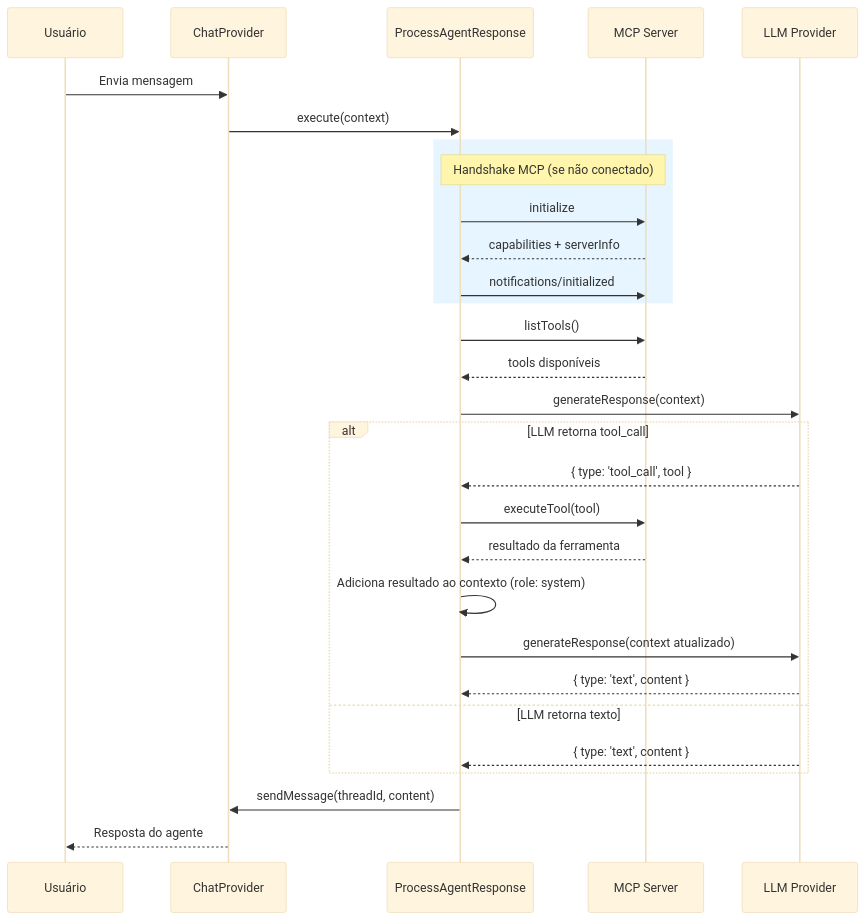
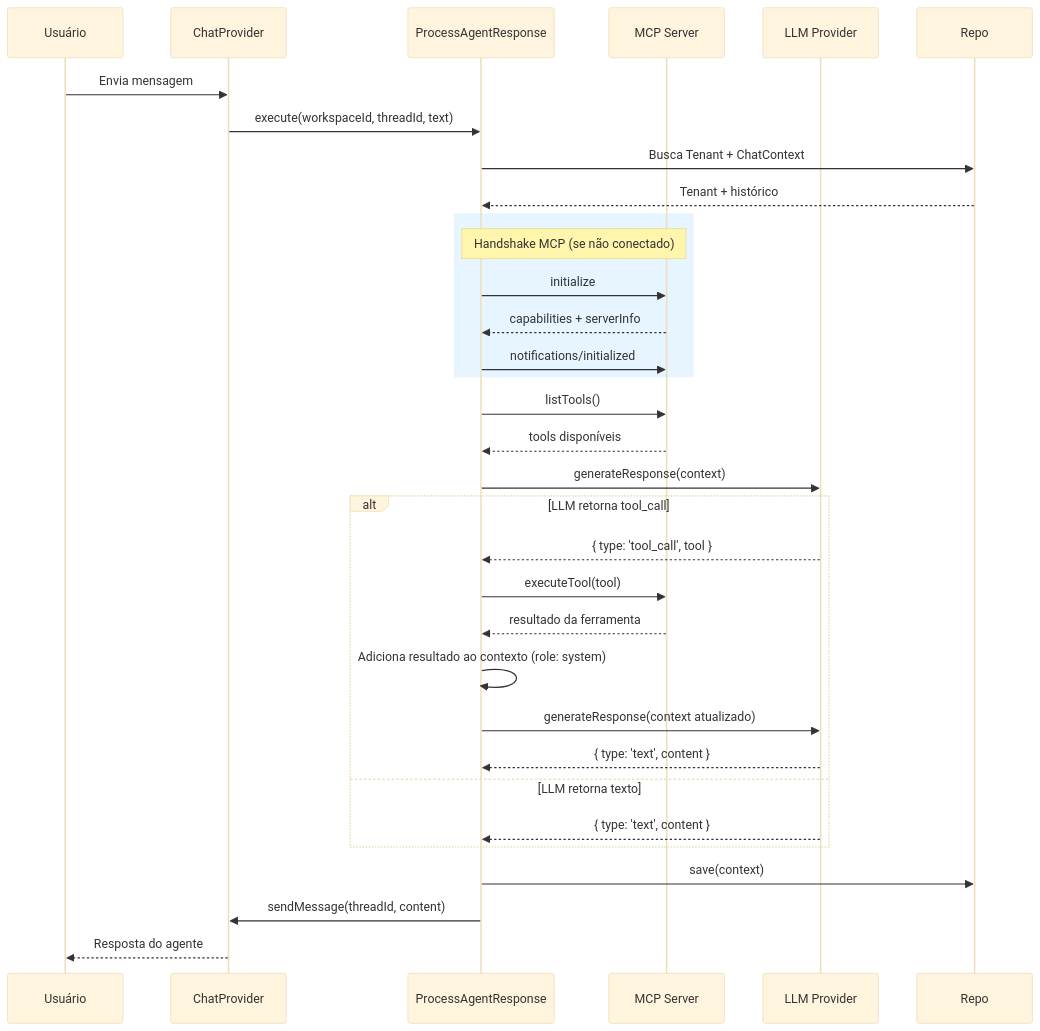
One commit to luisfelix-93/support-agent changed the diagram in README.md. Above: the diagram before and after it, drawn with Mermaid (base theme). The commit also changed other lines of this file and 3 other files, not shown here.

````diff
--- a/README.md
+++ b/README.md
@@ -256,36 +320,40 @@
 ```mermaid
 sequenceDiagram
     participant User as Usuário
     participant Chat as ChatProvider
     participant UC as ProcessAgentResponse
     participant MCP as MCP Server
     participant LLM as LLM Provider
 
     User->>Chat: Envia mensagem
-    Chat->>UC: execute(context)
+    Chat->>UC: execute(workspaceId, threadId, text)
+    
+    UC->>Repo: Busca Tenant + ChatContext
+    Repo-->>UC: Tenant + histórico
     
     rect rgb(230, 245, 255)
         Note over UC,MCP: Handshake MCP (se não conectado)
         UC->>MCP: initialize
         MCP-->>UC: capabilities + serverInfo
         UC->>MCP: notifications/initialized
     end
     
     UC->>MCP: listTools()
     MCP-->>UC: tools disponíveis
     UC->>LLM: generateResponse(context)
     
     alt LLM retorna tool_call
         LLM-->>UC: { type: 'tool_call', tool }
         UC->>MCP: executeTool(tool)
         MCP-->>UC: resultado da ferramenta
         UC->>UC: Adiciona resultado ao contexto (role: system)
         UC->>LLM: generateResponse(context atualizado)
         LLM-->>UC: { type: 'text', content }
     else LLM retorna texto
         LLM-->>UC: { type: 'text', content }
     end
     
+    UC->>Repo: save(context)
     UC->>Chat: sendMessage(threadId, content)
     Chat-->>User: Resposta do agente
 ```
````
